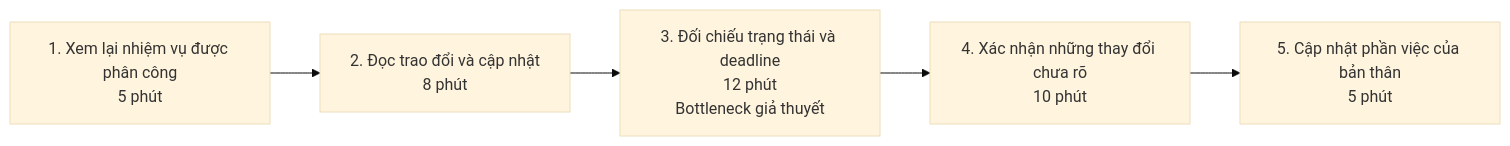
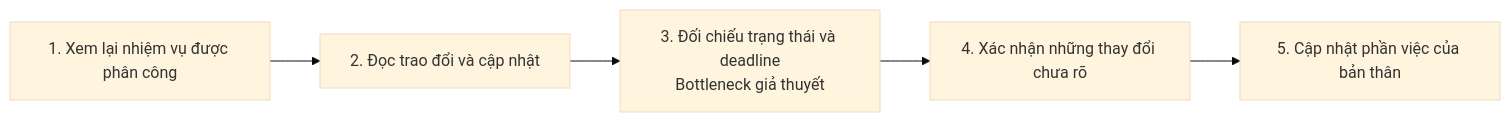
One commit to minhquannm0905-cloud/K5-L3B-Day02-D2-DiscoverProblemFraming changed the third of 3 diagrams in report/individual/2A202603722_MaiXuanKhang.md. Above: the diagram before and after it, drawn with Mermaid (base theme). The commit also changed other lines of this file, not shown here.

````diff
--- a/report/individual/2A202603722_MaiXuanKhang.md
+++ b/report/individual/2A202603722_MaiXuanKhang.md
@@ -112,9 +110,9 @@
 ```mermaid
 flowchart LR
-    A["1. Xem lại nhiệm vụ được phân công<br/>5 phút"]
-    B["2. Đọc trao đổi và cập nhật<br/>8 phút"]
-    C["3. Đối chiếu trạng thái và deadline<br/>12 phút<br/>Bottleneck giả thuyết"]
-    D["4. Xác nhận những thay đổi chưa rõ<br/>10 phút"]
-    E["5. Cập nhật phần việc của bản thân<br/>5 phút"]
+    A["1. Xem lại nhiệm vụ được phân công"]
+    B["2. Đọc trao đổi và cập nhật"]
+    C["3. Đối chiếu trạng thái và deadline<br/>Bottleneck giả thuyết"]
+    D["4. Xác nhận những thay đổi chưa rõ"]
+    E["5. Cập nhật phần việc của bản thân"]
     A --> B --> C --> D --> E
 ```
````
